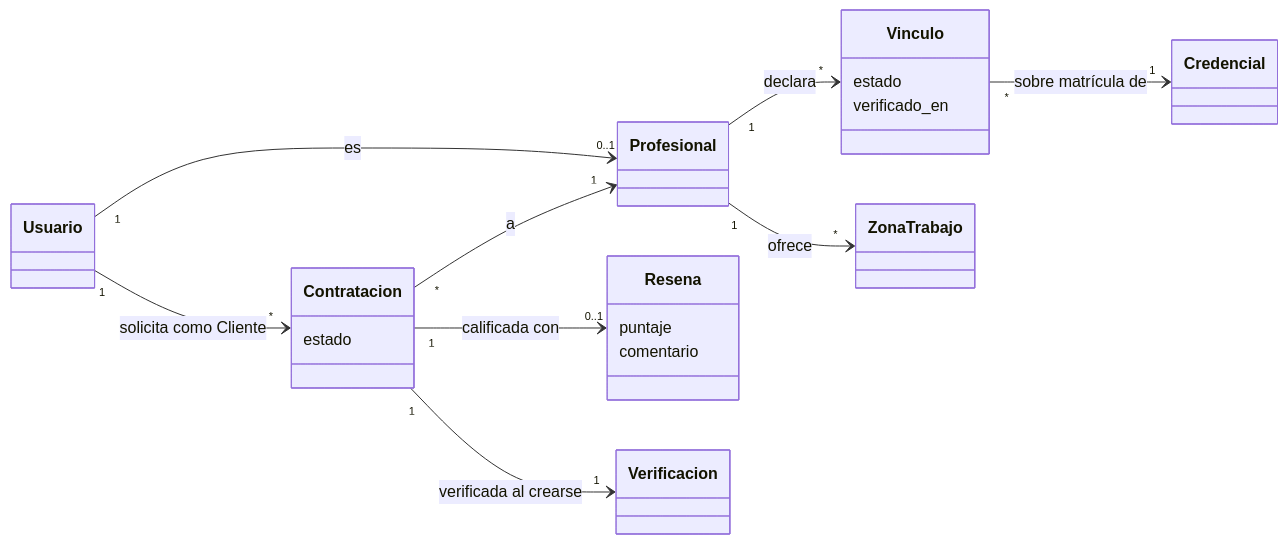
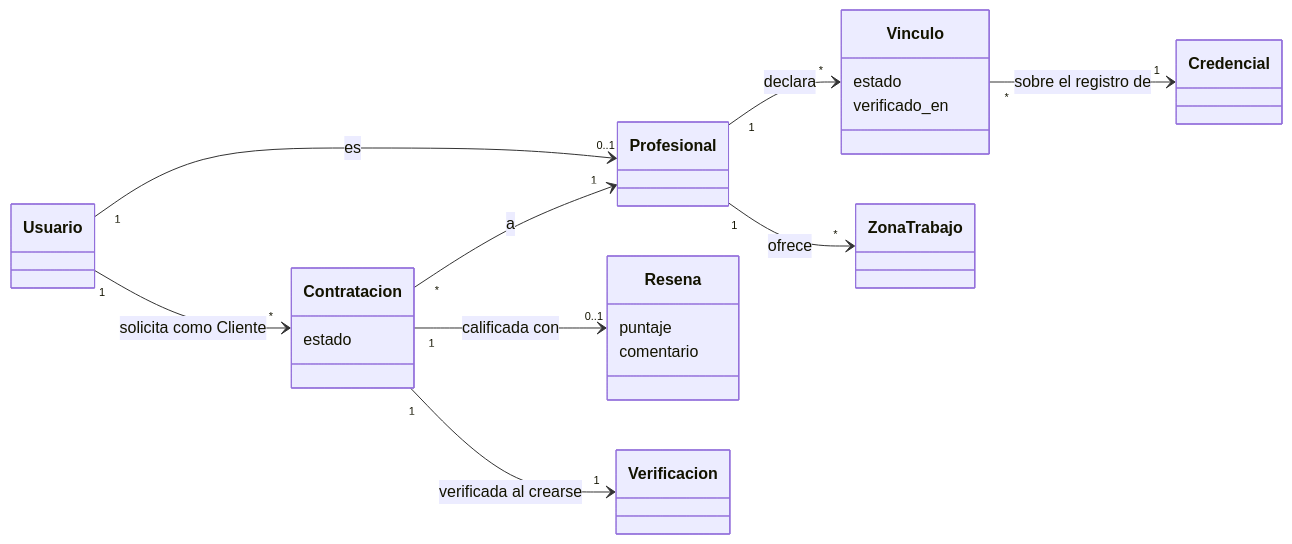
One commit to IvanDaniliuk01/MatriculAR changed the second of 6 diagrams in docs/modelo-de-dominio.md. Above: the diagram before and after it, drawn with Mermaid. The commit also changed other lines of this file and 62 other files, not shown here.

````diff
--- a/docs/modelo-de-dominio.md
+++ b/docs/modelo-de-dominio.md
@@ -133,28 +143,28 @@
 ```mermaid
 classDiagram
     direction LR
     class Usuario
     class Profesional
     class Vinculo {
         estado
         verificado_en
     }
     class ZonaTrabajo
     class Contratacion {
         estado
     }
     class Resena {
         puntaje
         comentario
     }
     class Verificacion
 
     Usuario "1" --> "0..1" Profesional : es
     Profesional "1" --> "*" Vinculo : declara
-    Vinculo "*" --> "1" Credencial : sobre matrícula de
+    Vinculo "*" --> "1" Credencial : sobre el registro de
     Profesional "1" --> "*" ZonaTrabajo : ofrece
     Usuario "1" --> "*" Contratacion : solicita como Cliente
     Contratacion "*" --> "1" Profesional : a
     Contratacion "1" --> "1" Verificacion : verificada al crearse
     Contratacion "1" --> "0..1" Resena : calificada con
 ```
````
